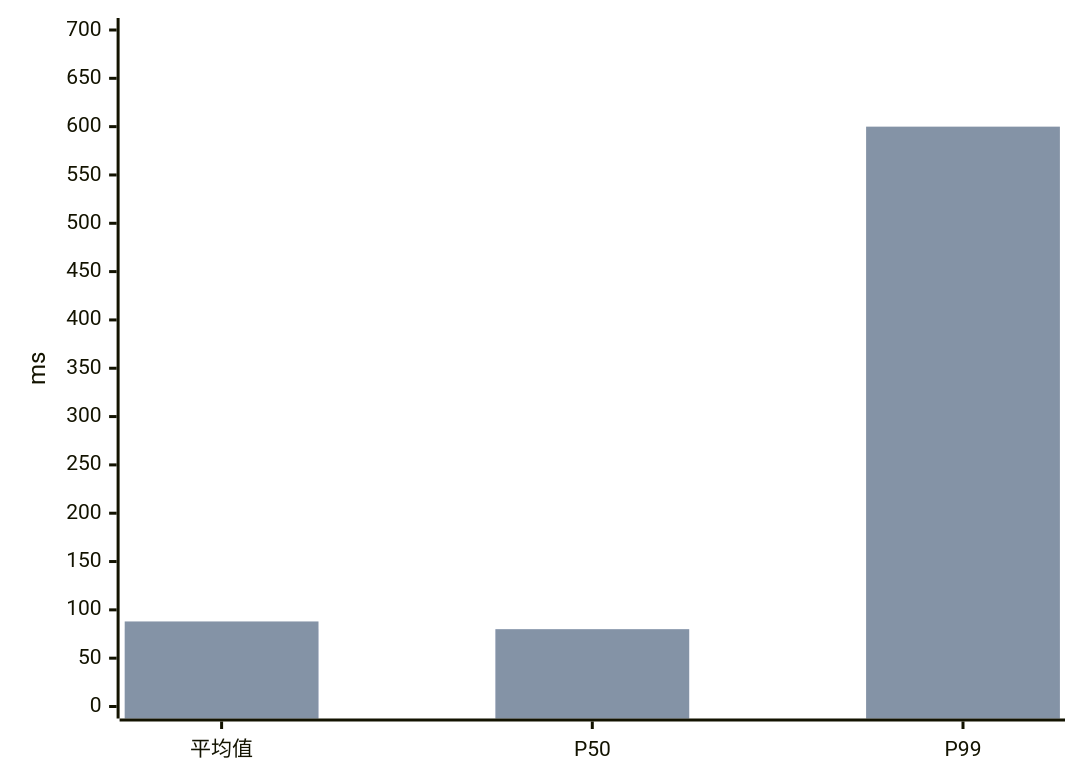
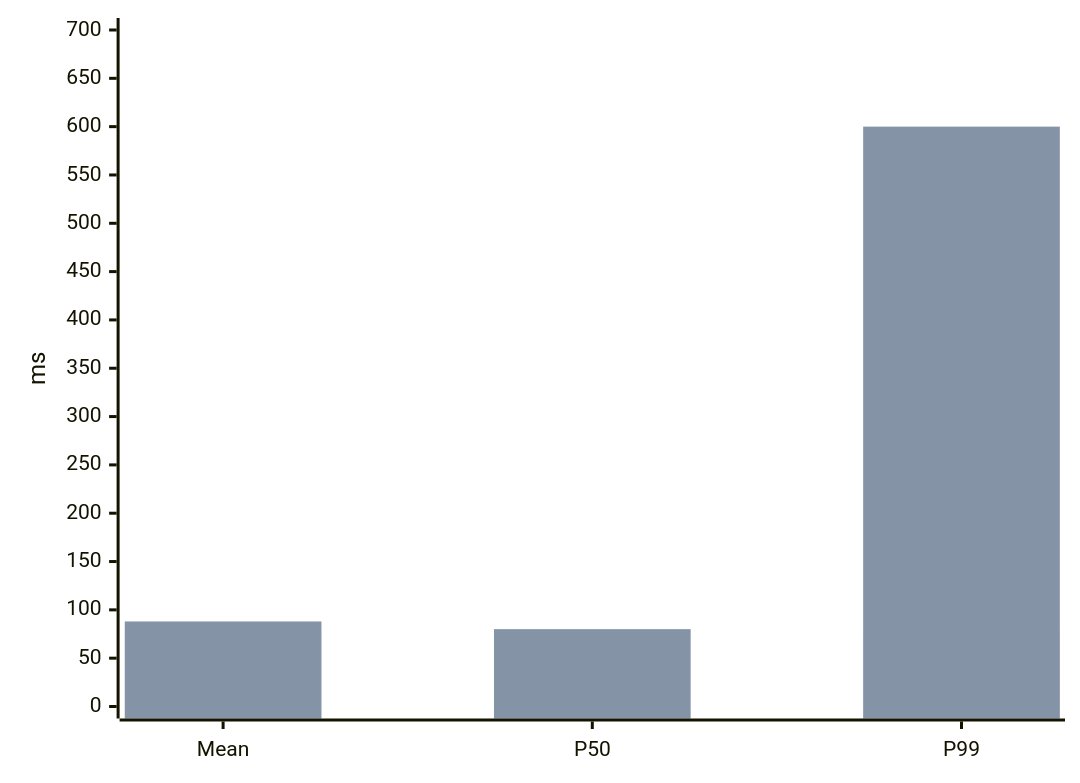
One commit to MBrekhof/Archify.Net changed the diagram in showcase/explainer/p99-tail-latency.archify.md. Above: the diagram before and after it, drawn with Mermaid. The commit also changed other lines of this file and 18 other files, not shown here.

````diff
--- a/showcase/explainer/p99-tail-latency.archify.md
+++ b/showcase/explainer/p99-tail-latency.archify.md
@@ -14,7 +14,7 @@
-```mermaid title="接口延迟前后对比"
+```mermaid title="Endpoint latency before and after"
 xychart-beta
-  x-axis ["平均值", "P50", "P99"]
+  x-axis ["Mean", "P50", "P99"]
   y-axis "ms" 0 --> 700
-  bar "之前" [80, 80, 80]
-  bar "之后" [88, 80, 600]
+  bar "Before" [80, 80, 80]
+  bar "After" [88, 80, 600]
 ```
````
